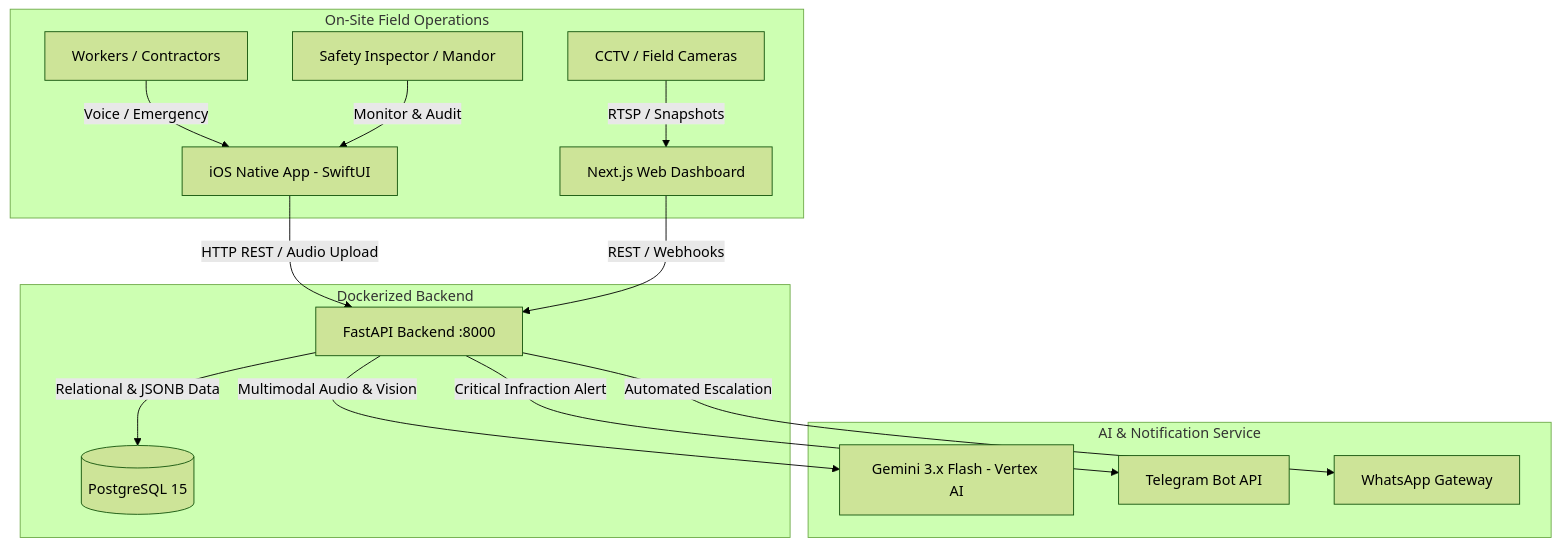
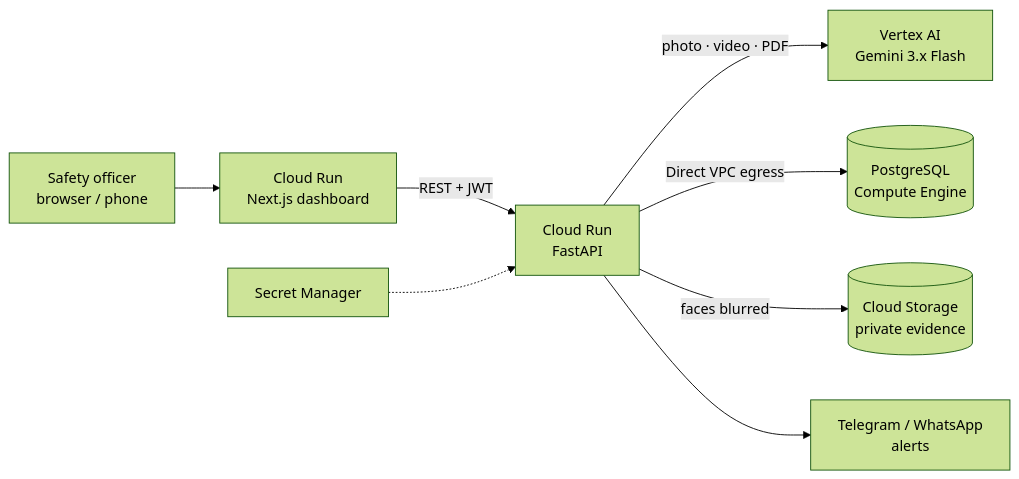
Before and after one commit to ahmadhadist/ai-safety-platform: the diagram in README.md, drawn with Mermaid (forest theme). The commit also changed other lines of this file and 44 other files, not shown here.

````diff
--- a/README.md
+++ b/README.md
@@ -36,20 +50,10 @@
 ```mermaid
-graph TD
-    subgraph Field Layer [On-Site Field Operations]
-        Worker[Workers / Contractors] -->|Voice / Emergency| MobileApp[iOS Native App - SwiftUI]
-        Inspector[Safety Inspector / Mandor] -->|Monitor & Audit| MobileApp
-        CCTV[CCTV / Field Cameras] -->|RTSP / Snapshots| WebDashboard[Next.js Web Dashboard]
-    end
-
-    subgraph Core Engine [Dockerized Backend]
-        MobileApp -->|HTTP REST / Audio Upload| FastAPI[FastAPI Backend :8000]
-        WebDashboard -->|REST / Webhooks| FastAPI
-        FastAPI -->|Relational & JSONB Data| Postgres[(PostgreSQL 15)]
-    end
-
-    subgraph Intelligence & Alerting [AI & Notification Service]
-        FastAPI -->|Multimodal Audio & Vision| Gemini[Gemini 3.x Flash - Vertex AI]
-        FastAPI -->|Critical Infraction Alert| Telegram[Telegram Bot API]
-        FastAPI -->|Automated Escalation| WhatsApp[WhatsApp Gateway]
-    end
+flowchart LR
+    U[Safety officer<br/>browser / phone] --> W[Cloud Run<br/>Next.js dashboard]
+    W -->|REST + JWT| A[Cloud Run<br/>FastAPI]
+    A -->|photo · video · PDF| G[Vertex AI<br/>Gemini 3.x Flash]
+    A -->|Direct VPC egress| DB[(PostgreSQL<br/>Compute Engine)]
+    A -->|faces blurred| S[(Cloud Storage<br/>private evidence)]
+    A --> N[Telegram / WhatsApp<br/>alerts]
+    SM[Secret Manager] -.-> A
 ```
````
